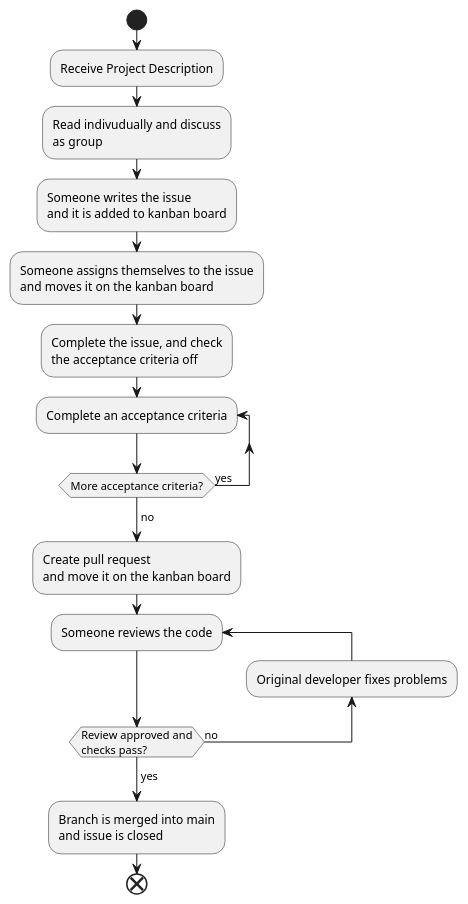
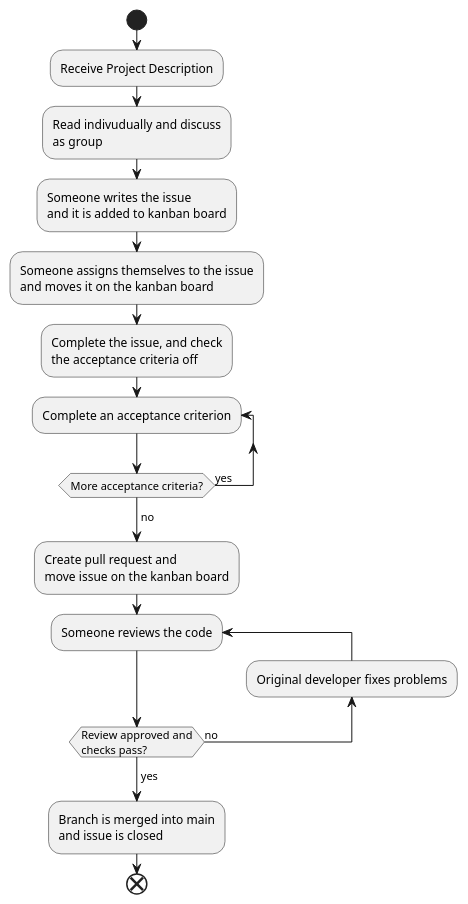
The sixth of 6 diagrams in docs/report.md (ITU-BDSA2024-GROUP14/Chirp), drawn with PlantUML before and after one commit. The commit also changed other lines of this file, not shown here.

````diff
--- a/docs/report.md
+++ b/docs/report.md
@@ -229,33 +231,33 @@
 ```plantuml
 start
 :Receive Project Description;
 
 :Read indivudually and discuss
 as group;
 
 :Someone writes the issue
 and it is added to kanban board;
 
 :Someone assigns themselves to the issue
 and moves it on the kanban board;
 
 :Complete the issue, and check
 the acceptance criteria off;
 
-repeat :Complete an acceptance criteria;
+repeat :Complete an acceptance criterion;
 repeat while (More acceptance criteria?) is (yes)
 ->no;
 
-:Create pull request
-and move it on the kanban board;
+:Create pull request and
+move issue on the kanban board;
 
 repeat :Someone reviews the code;
 backward:Original developer fixes problems;
 repeat while (Review approved and
 checks pass?) is (no)
 ->yes;
 
 :Branch is merged into main
 and issue is closed;
 end
 ```
````
